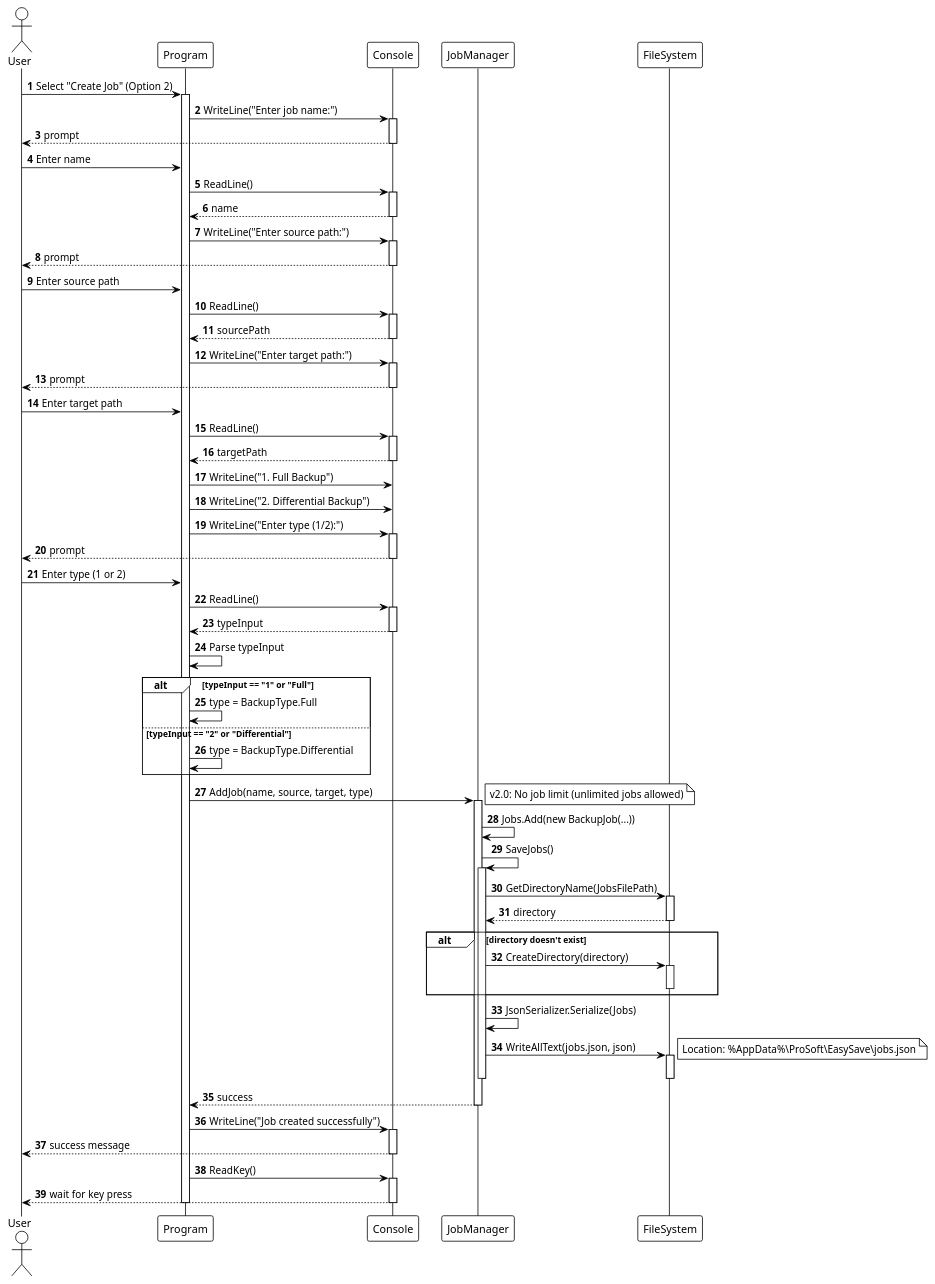
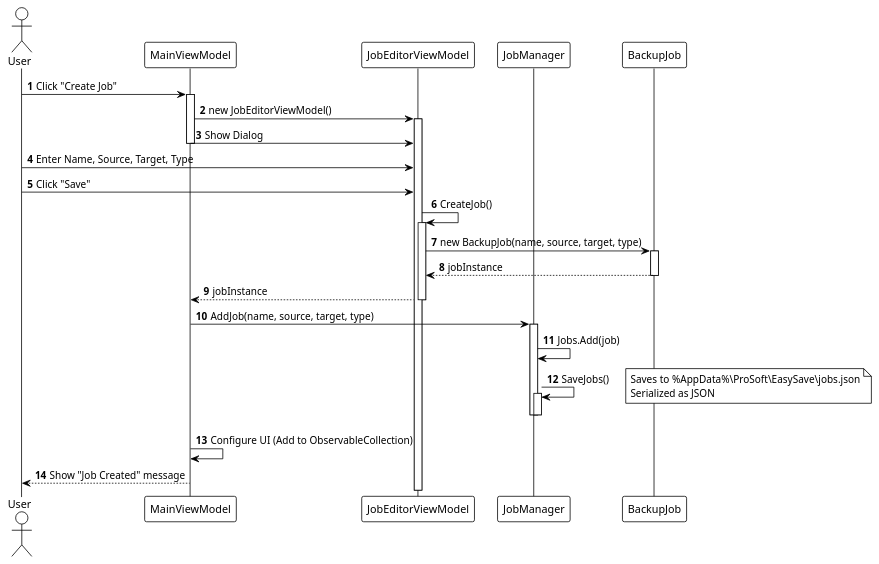
Before and after one commit to PotaaatozWRLD/EasySave-Groupe-8: the diagram in UML/sequence_create_job.puml, drawn with PlantUML. The commit also changed 3 other files, not shown here.

Commit message:
docs: update UML diagrams for v2.0

```diff
--- a/UML/sequence_create_job.puml
+++ b/UML/sequence_create_job.puml
@@ -1,117 +1,48 @@
 @startuml EasySave_Sequence_Create_Job_v2.0
 !theme plain
 autonumber
 
 actor User
-participant "Program" as Prog
-participant "Console" as Con
+participant "MainViewModel" as VM
+participant "JobEditorViewModel" as JVM
 participant "JobManager" as JM
-participant "FileSystem" as FS
+participant "BackupJob" as Job
 
-User -> Prog : Select "Create Job" (Option 2)
-activate Prog
+User -> VM : Click "Create Job"
+activate VM
 
-Prog -> Con : WriteLine("Enter job name:")
-activate Con
-Con --> User : prompt
-deactivate Con
+VM -> JVM : new JobEditorViewModel()
+activate JVM
+VM -> JVM : Show Dialog
+deactivate VM
 
-User -> Prog : Enter name
-Prog -> Con : ReadLine()
-activate Con
-Con --> Prog : name
-deactivate Con
+User -> JVM : Enter Name, Source, Target, Type
+User -> JVM : Click "Save"
 
-Prog -> Con : WriteLine("Enter source path:")
-activate Con
-Con --> User : prompt
-deactivate Con
+JVM -> JVM : CreateJob()
+activate JVM
+JVM -> Job : new BackupJob(name, source, target, type)
+activate Job
+Job --> JVM : jobInstance
+deactivate Job
+JVM --> VM : jobInstance
+deactivate JVM
 
-User -> Prog : Enter source path
-Prog -> Con : ReadLine()
-activate Con
-Con --> Prog : sourcePath
-deactivate Con
-
-Prog -> Con : WriteLine("Enter target path:")
-activate Con
-Con --> User : prompt
-deactivate Con
-
-User -> Prog : Enter target path
-Prog -> Con : ReadLine()
-activate Con
-Con --> Prog : targetPath
-deactivate Con
-
-Prog -> Con : WriteLine("1. Full Backup")
-Prog -> Con : WriteLine("2. Differential Backup")
-Prog -> Con : WriteLine("Enter type (1/2):")
-activate Con
-Con --> User : prompt
-deactivate Con
-
-User -> Prog : Enter type (1 or 2)
-Prog -> Con : ReadLine()
-activate Con
-Con --> Prog : typeInput
-deactivate Con
-
-Prog -> Prog : Parse typeInput
-alt typeInput == "1" or "Full"
-    Prog -> Prog : type = BackupType.Full
-else typeInput == "2" or "Differential"
-    Prog -> Prog : type = BackupType.Differential
-end
-
-Prog -> JM : AddJob(name, source, target, type)
+VM -> JM : AddJob(name, source, target, type)
 activate JM
-
-note right
-    v2.0: No job limit (unlimited jobs allowed)
-end note
-
-JM -> JM : Jobs.Add(new BackupJob(...))
-
+JM -> JM : Jobs.Add(job)
 JM -> JM : SaveJobs()
 activate JM
-
-' Create directory if needed
-JM -> FS : GetDirectoryName(JobsFilePath)
-activate FS
-FS --> JM : directory
-deactivate FS
-
-alt directory doesn't exist
-    JM -> FS : CreateDirectory(directory)
-    activate FS
-    deactivate FS
-end
-
-' Serialize and save
-JM -> JM : JsonSerializer.Serialize(Jobs)
-JM -> FS : WriteAllText(jobs.json, json)
-activate FS
 note right
-    Location: %AppData%\ProSoft\EasySave\jobs.json
+    Saves to %AppData%\ProSoft\EasySave\jobs.json
+    Serialized as JSON
 end note
-deactivate FS
-
+deactivate JM
 deactivate JM
 
-JM --> Prog : success
-deactivate JM
+VM -> VM : Configure UI (Add to ObservableCollection)
+VM --> User : Show "Job Created" message
 
-Prog -> Con : WriteLine("Job created successfully")
-activate Con
-Con --> User : success message
-deactivate Con
-
-Prog -> Con : ReadKey()
-activate Con
-Con --> User : wait for key press
-deactivate Con
-
-deactivate Prog
+deactivate VM
 
 @enduml
```
